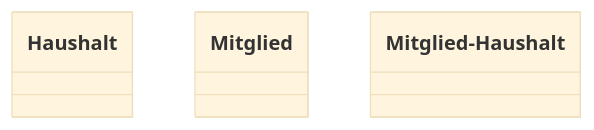
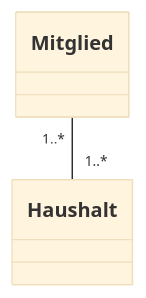
Before and after one commit to Lehrstuhl-BWL-EvIS/sportyweb: the diagram in database-schema/sportyweb-schema-classDiagram.md, drawn with Mermaid (base theme).

````diff
--- a/database-schema/sportyweb-schema-classDiagram.md
+++ b/database-schema/sportyweb-schema-classDiagram.md
@@ -27,6 +27,5 @@
 ```mermaid
 classDiagram
-    class Haushalt
-    class Mitglied
-    class Mitglied-Haushalt
+    
+    Mitglied "1..*" -- "1..*" Haushalt
 ```
````
